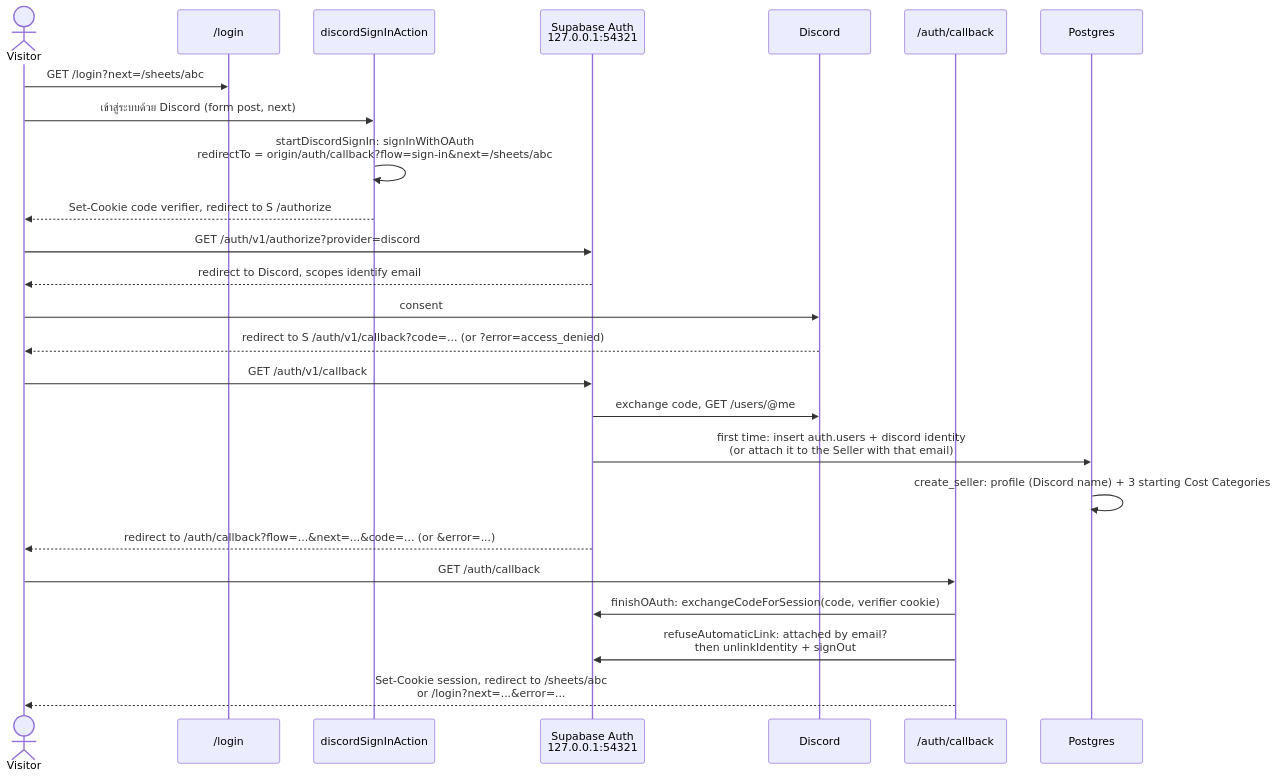
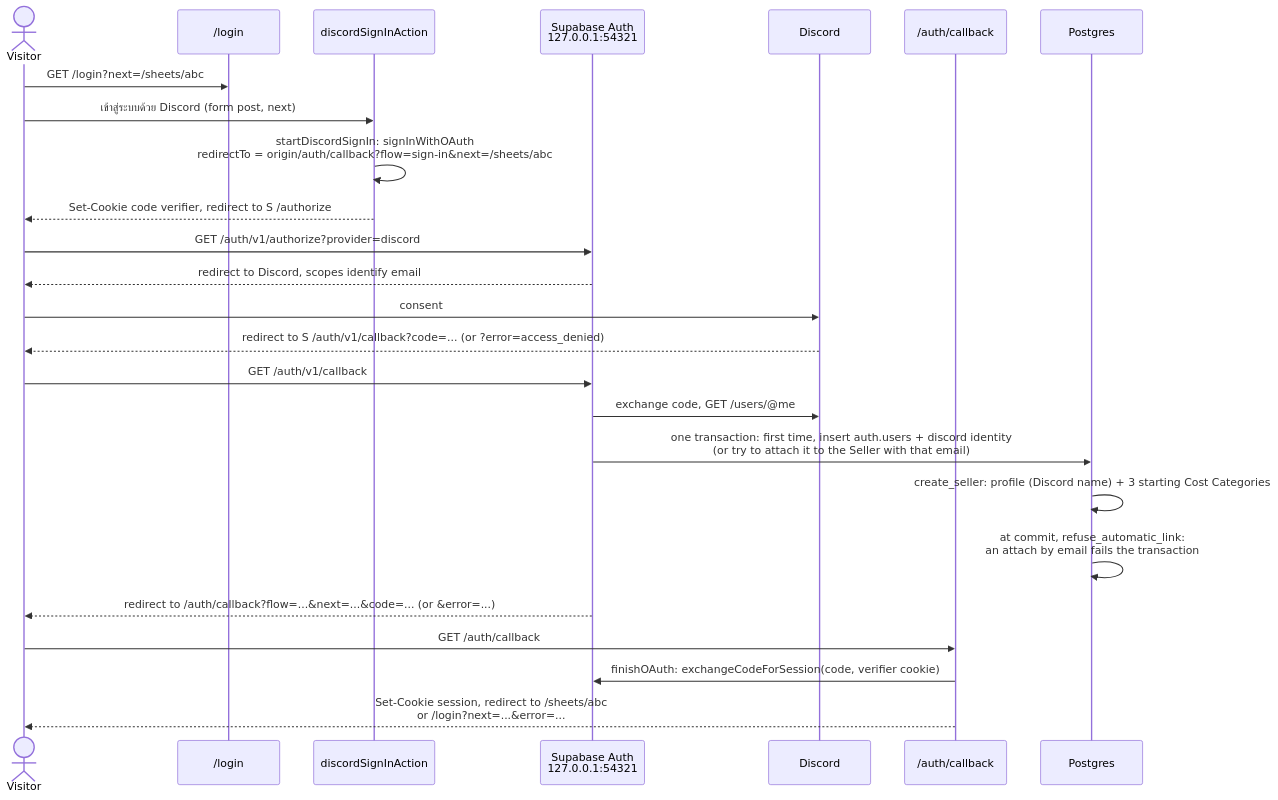
One commit to chuan-khuna/gumrai changed the second of 9 diagrams in docs/documents/sign-in.md. Above: the diagram before and after it, drawn with Mermaid. The commit also changed other lines of this file and 4 other files, not shown here.

First line of the commit message:
docs(auth): describe refusing automatic linking in the database, and the password risks

````diff
--- a/docs/documents/sign-in.md
+++ b/docs/documents/sign-in.md
@@ -72,27 +72,27 @@
 ```mermaid
 sequenceDiagram
 	actor V as Visitor
 	participant L as /login
 	participant A as discordSignInAction
 	participant S as Supabase Auth<br/>127.0.0.1:54321
 	participant D as Discord
 	participant C as /auth/callback
 	participant DB as Postgres
 	V->>L: GET /login?next=/sheets/abc
 	V->>A: เข้าสู่ระบบด้วย Discord (form post, next)
 	A->>A: startDiscordSignIn: signInWithOAuth<br/>redirectTo = origin/auth/callback?flow=sign-in&next=/sheets/abc
 	A-->>V: Set-Cookie code verifier, redirect to S /authorize
 	V->>S: GET /auth/v1/authorize?provider=discord
 	S-->>V: redirect to Discord, scopes identify email
 	V->>D: consent
 	D-->>V: redirect to S /auth/v1/callback?code=... (or ?error=access_denied)
 	V->>S: GET /auth/v1/callback
 	S->>D: exchange code, GET /users/@me
-	S->>DB: first time: insert auth.users + discord identity<br/>(or attach it to the Seller with that email)
+	S->>DB: one transaction: first time, insert auth.users + discord identity<br/>(or try to attach it to the Seller with that email)
 	DB->>DB: create_seller: profile (Discord name) + 3 starting Cost Categories
+	DB->>DB: at commit, refuse_automatic_link:<br/>an attach by email fails the transaction
 	S-->>V: redirect to /auth/callback?flow=...&next=...&code=... (or &error=...)
 	V->>C: GET /auth/callback
 	C->>S: finishOAuth: exchangeCodeForSession(code, verifier cookie)
-	C->>S: refuseAutomaticLink: attached by email?<br/>then unlinkIdentity + signOut
 	C-->>V: Set-Cookie session, redirect to /sheets/abc<br/>or /login?next=...&error=...
 ```
````
